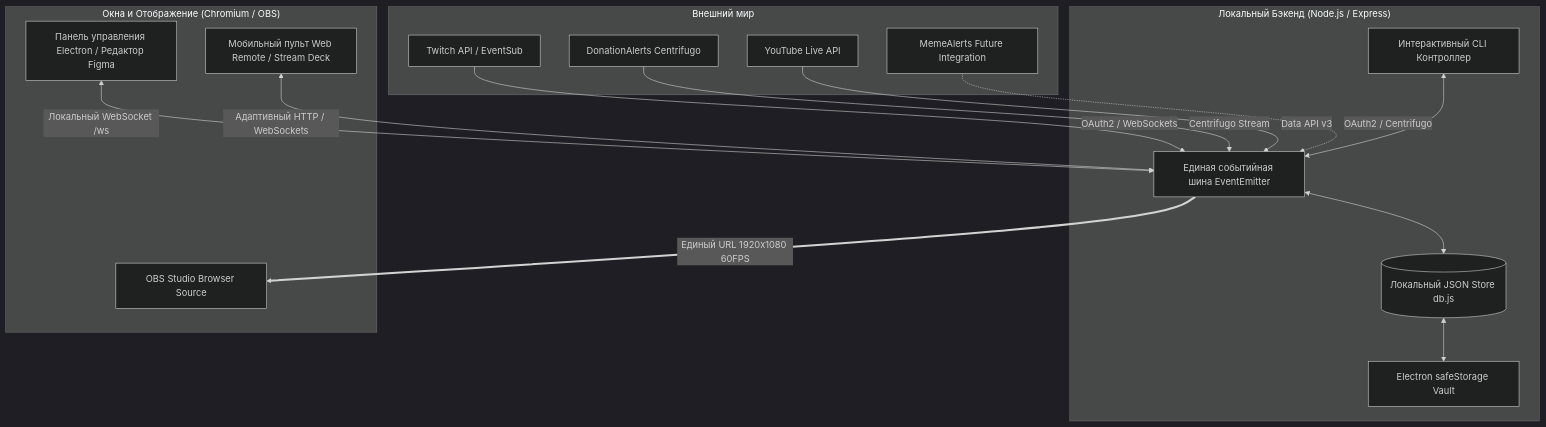
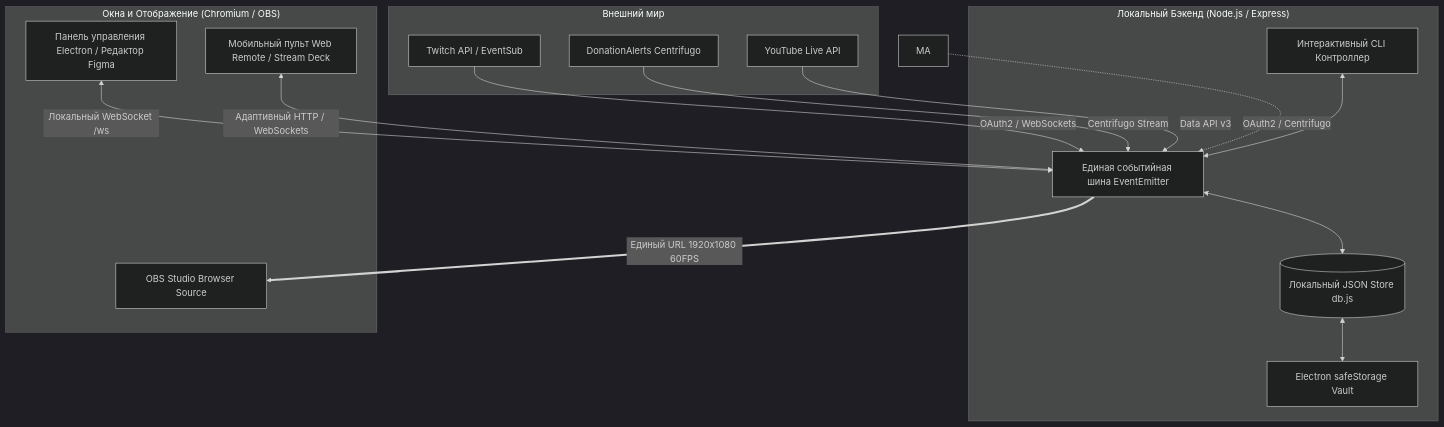
One commit to Halantar-git/open-stream-environment changed the diagram in README.md. Above: the diagram before and after it, drawn with Mermaid (dark theme).

Commit message:
Remove MemeAlerts Future Integration from README
Removed reference to MemeAlerts Future Integration from the diagram.

````diff
--- a/README.md
+++ b/README.md
@@ -248,38 +248,37 @@
 ```mermaid
 graph TD
     subgraph "Внешний мир"
         Twitch[Twitch API / EventSub]
         DA[DonationAlerts Centrifugo]
         YT[YouTube Live API]
-        MA[MemeAlerts Future Integration]
     end
 
     subgraph "Локальный Бэкенд (Node.js / Express)"
         Bus[Единая событийная шина EventEmitter]
         DB[(Локальный JSON Store db.js)]
         Crypt[Electron safeStorage Vault]
         CLI[Интерактивный CLI Контроллер]
     end
 
     subgraph "Окна и Отображение (Chromium / OBS)"
         Admin[Панель управления Electron / Редактор Figma]
         Remote[Мобильный пульт Web Remote / Stream Deck]
         OBS[OBS Studio Browser Source]
     end
 
     %% Связи внешних сервисов
     Twitch -->|OAuth2 / WebSockets| Bus
     DA -->|Centrifugo Stream| Bus
     YT -->|Data API v3| Bus
     MA -.->|OAuth2 / Centrifugo| Bus
 
     %% Связи бэкенда
     Bus <--> DB
     DB <--> Crypt
     CLI <--> Bus
 
     %% Связи отображения
     Admin <-->|Локальный WebSocket /ws| Bus
     Remote <-->|Адаптивный HTTP / WebSockets| Bus
     Bus ==>|Единый URL 1920x1080 60FPS| OBS
 ```
````
